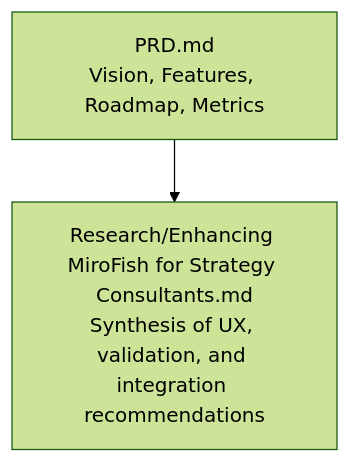
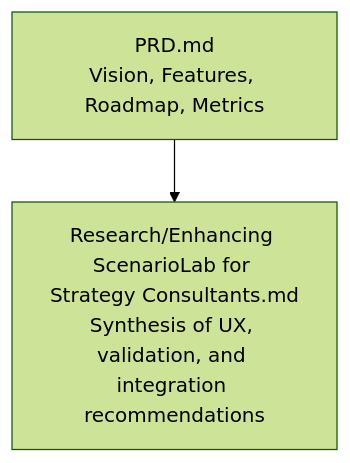
The first of 7 diagrams in .qoder/repowiki/en/content/Implementation Roadmap.md (rish2jain/ScenarioLab), drawn with Mermaid (forest theme) before and after one commit. The commit also changed other lines of this file and 54 other files, not shown here.

First line of the commit message:
chore: rename MiroFish → ScenarioLab across entire codebase

````diff
--- a/.qoder/repowiki/en/content/Implementation Roadmap.md
+++ b/.qoder/repowiki/en/content/Implementation Roadmap.md
@@ -27,6 +27,6 @@
 ```mermaid
 graph TB
 PRD["PRD.md<br/>Vision, Features, Roadmap, Metrics"]
-Research["Research/Enhancing MiroFish for Strategy Consultants.md<br/>Synthesis of UX, validation, and integration recommendations"]
+Research["Research/Enhancing ScenarioLab for Strategy Consultants.md<br/>Synthesis of UX, validation, and integration recommendations"]
 PRD --> Research
 ```
````
